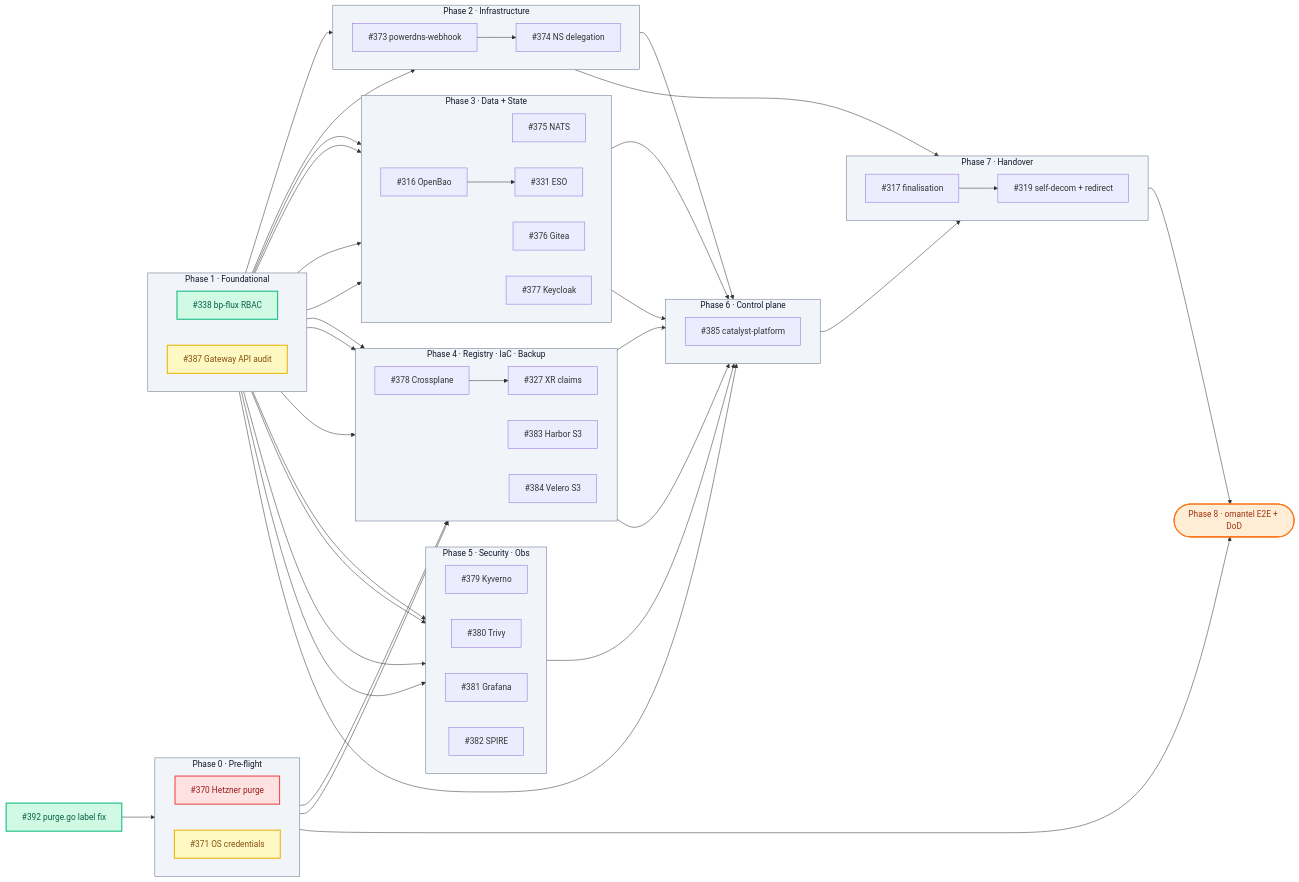
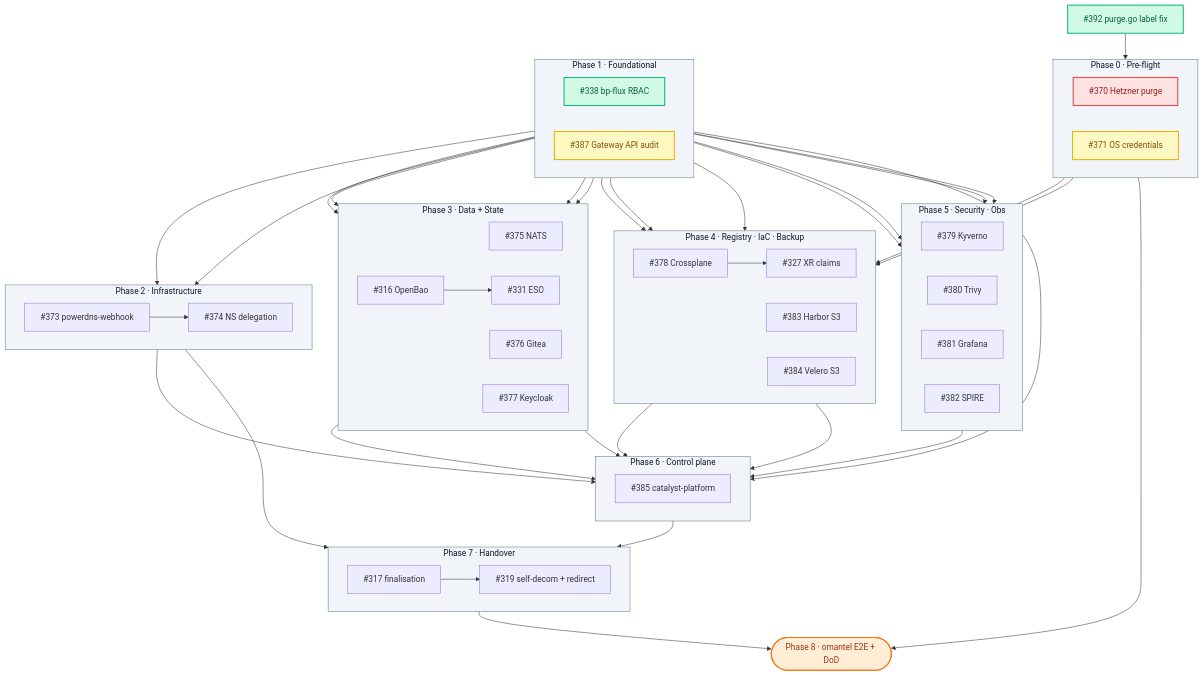
One commit to openova-io/openova changed the diagram in docs/omantel-handover-wbs.md. Above: the diagram before and after it, drawn with Mermaid.

Commit message:
docs(wbs): DAG compressed + light theme + clickable tickets + #338/#392 marked done (#398)
Three founder-requested DAG improvements:
1. Vertical compression: subgraph direction LR (was TB) + single-line node
   labels — roughly halves the rendered height.
2. Light-theme phase blocks: slate-100 fill with dark text; light-tinted
   semantic colours for done/wip/blocked/gate. Readable in both GitHub
   light and dark modes.
3. Clickable ticket numbers: every node carries a click directive opening
   the GitHub issue in a new tab. Phase 8 gate links to epic #369.

Status updates folded in:
- #338 done (PR #393 merged at 05cb39c0)
- #392 done (PR #397 merged at aa8ed4e7) — unblocks #370
- #370 still blocked but gate cleared
- #371 RESUMED, #387 RESTARTED with anti-duplication brief

````diff
--- a/docs/omantel-handover-wbs.md
+++ b/docs/omantel-handover-wbs.md
@@ -69,5 +69,5 @@
 ```mermaid
-flowchart LR
+flowchart TB
     classDef phase fill:#f1f5f9,stroke:#64748b,color:#0f172a,stroke-width:1px
     classDef done fill:#d1fae5,stroke:#10b981,color:#065f46,stroke-width:2px
     classDef wip fill:#fef9c3,stroke:#eab308,color:#854d0e,stroke-width:2px
````
